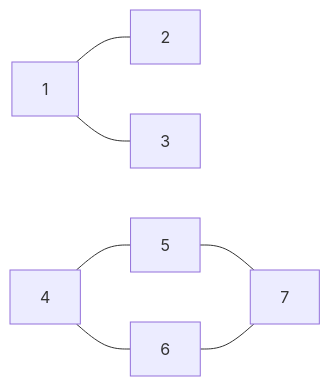
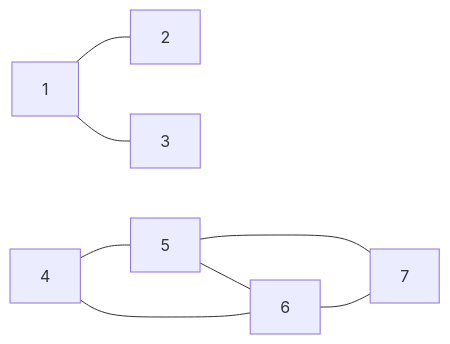
Before and after one commit to Myyura/the_kai_project: the sixth of 6 diagrams in docs/tokyo-university/frontier_sciences/cbms/2024/cbms_202308_9.md, drawn with Mermaid. The commit also changed other lines of this file and 576 other files, not shown here.

````diff
--- a/docs/tokyo-university/frontier_sciences/cbms/2024/cbms_202308_9.md
+++ b/docs/tokyo-university/frontier_sciences/cbms/2024/cbms_202308_9.md
@@ -212,9 +218,10 @@
 ```mermaid
 graph LR;
     1 --- 2;
     1 --- 3;
     4 --- 5;
     4 --- 6;
     5 --- 7;
     6 --- 7;
+    5 --- 6;
 ```
````
